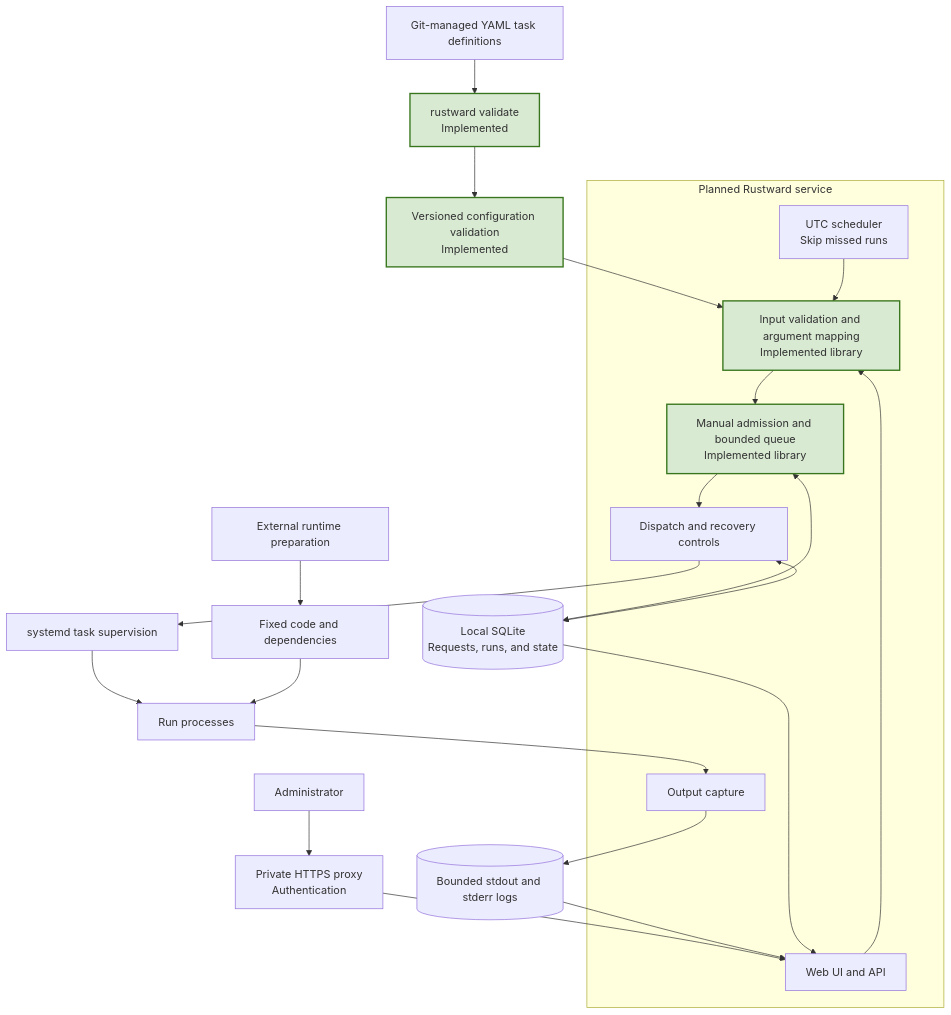
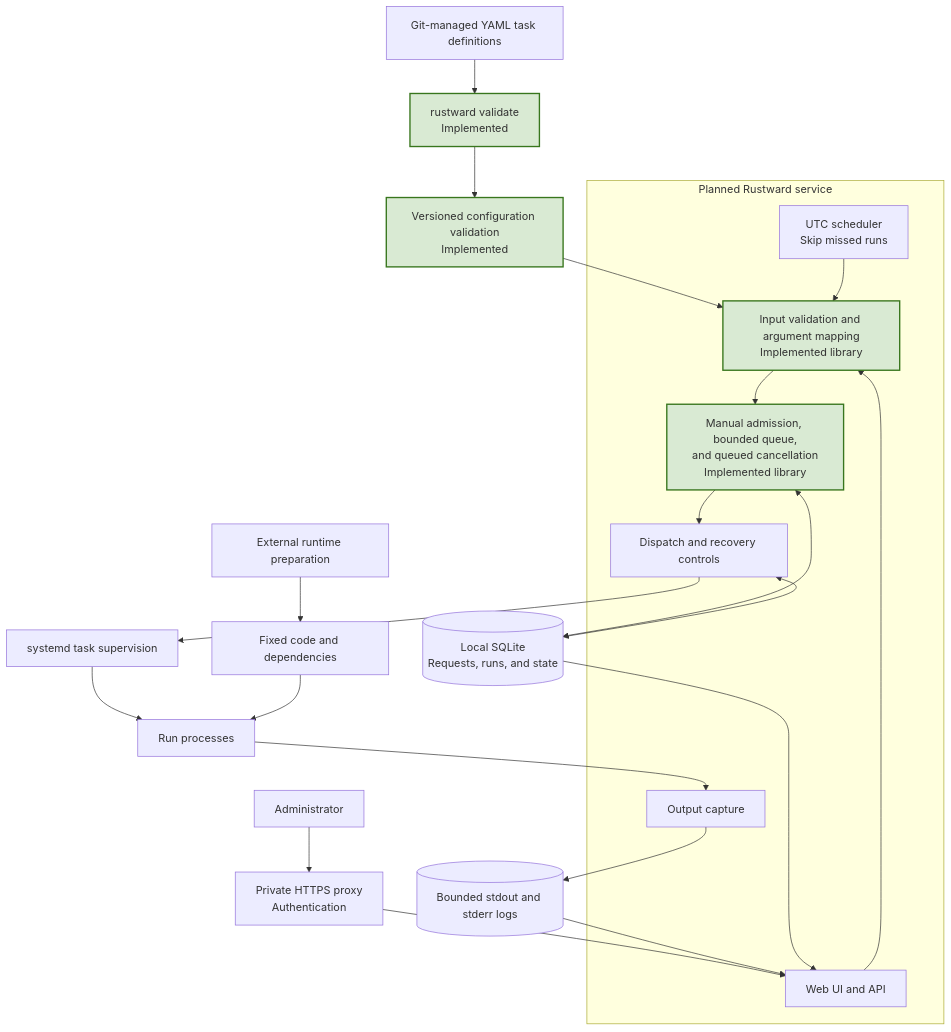
The diagram in docs/ARCHITECTURE.md (chrizpower/rustward), drawn with Mermaid before and after one commit. The commit also changed other lines of this file and 9 other files, not shown here.

Commit message:
feat: add durable queued run cancellation

````diff
--- a/docs/ARCHITECTURE.md
+++ b/docs/ARCHITECTURE.md
@@ -14,45 +14,45 @@
 ```mermaid
 flowchart TB
     Git["Git-managed YAML task definitions"]
     CLI["rustward validate<br/>Implemented"]
     Config["Versioned configuration validation<br/>Implemented"]
 
     Admin["Administrator"]
     Proxy["Private HTTPS proxy<br/>Authentication"]
 
     subgraph Service["Planned Rustward service"]
         UI["Web UI and API"]
         Cron["UTC scheduler<br/>Skip missed runs"]
         Inputs["Input validation and argument mapping<br/>Implemented library"]
-        Queue["Manual admission and bounded queue<br/>Implemented library"]
+        Queue["Manual admission, bounded queue,<br/>and queued cancellation<br/>Implemented library"]
         Dispatch["Dispatch and recovery controls"]
         Capture["Output capture"]
     end
 
     DB[("Local SQLite<br/>Requests, runs, and state")]
     Prepare["External runtime preparation"]
     Runtime["Fixed code and dependencies"]
     Systemd["systemd task supervision"]
     Task["Run processes"]
     Logs[("Bounded stdout and stderr logs")]
 
     Git --> CLI --> Config
     Config --> Inputs
 
     Admin --> Proxy --> UI
     UI --> Inputs
     Cron --> Inputs
     Inputs --> Queue --> Dispatch
     Queue <--> DB
     Dispatch <--> DB
 
     Prepare --> Runtime
     Dispatch --> Systemd --> Task
     Runtime --> Task
     Task --> Capture --> Logs
     Logs --> UI
     DB --> UI
 
     classDef implemented fill:#d9ead3,stroke:#38761d,stroke-width:2px
     class CLI,Config,Inputs,Queue implemented
 ```
````
